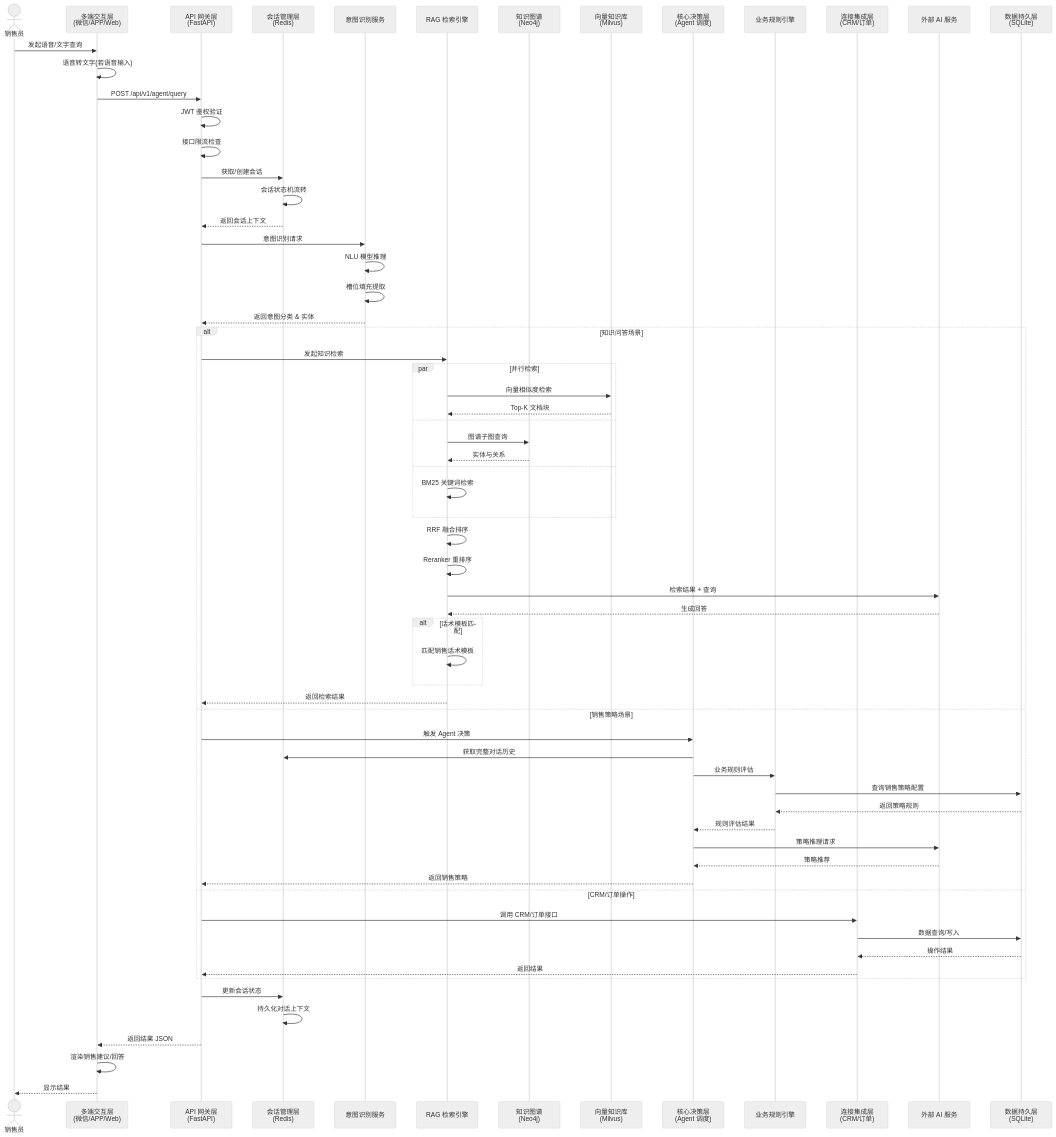
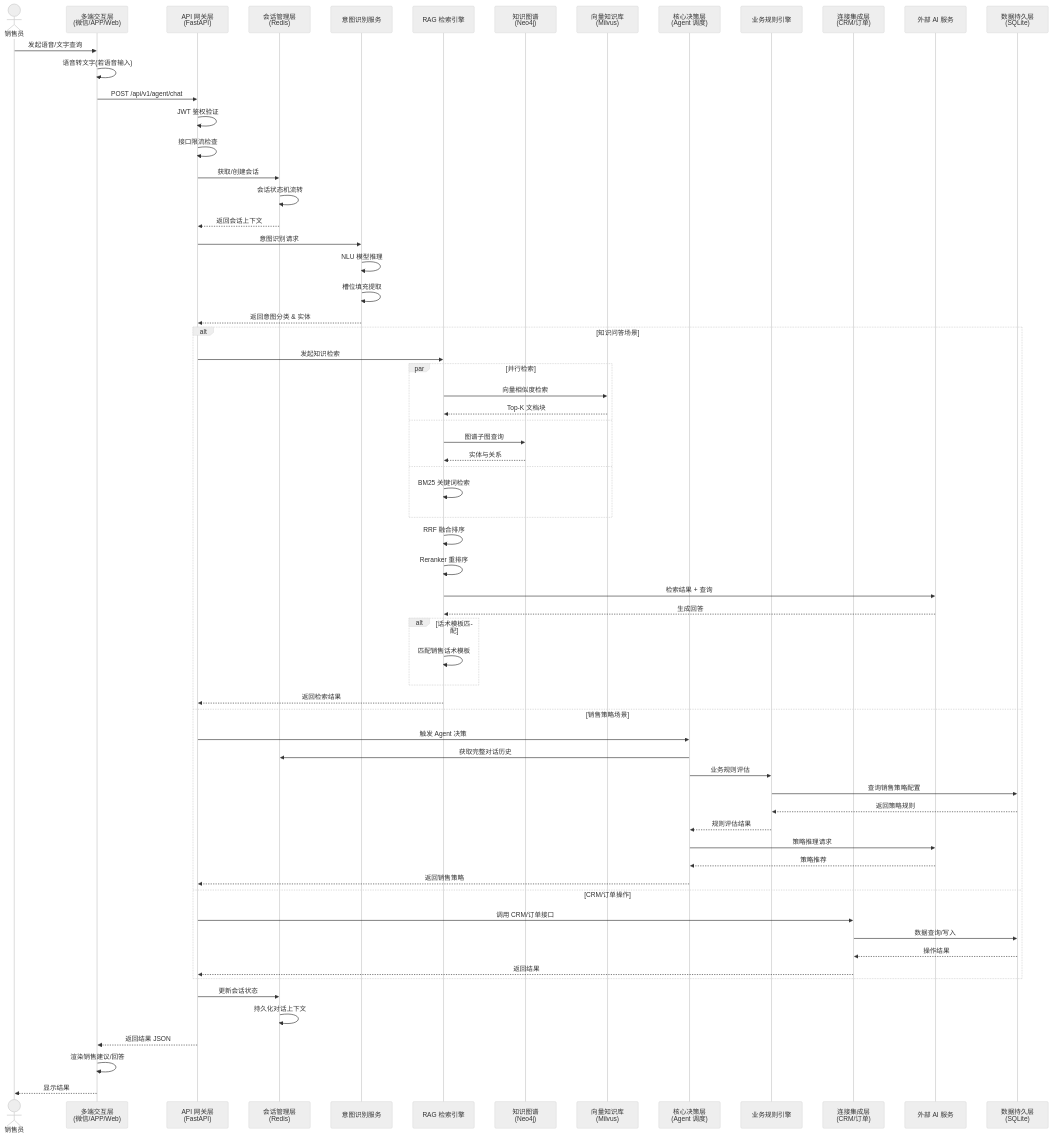
One commit to lzptouch/Kquery changed the fifth of 12 diagrams in doc/UML图示/UML图表设计.md. Above: the diagram before and after it, drawn with Mermaid (neutral theme). The commit also changed other lines of this file and 114 other files, not shown here.

```diff
--- a/doc/UML图示/UML图表设计.md
+++ b/doc/UML图示/UML图表设计.md
@@ -314,7 +314,7 @@
 
     Sales->>Client: 发起语音/文字查询
     Client->>Client: 语音转文字(若语音输入)
-    Client->>Gateway: POST /api/v1/agent/query
+    Client->>Gateway: POST /api/v1/agent/chat
 
     Gateway->>Gateway: JWT 鉴权验证
     Gateway->>Gateway: 接口限流检查
```
